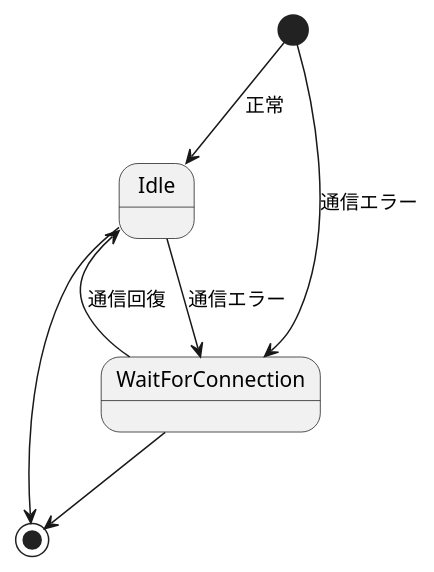
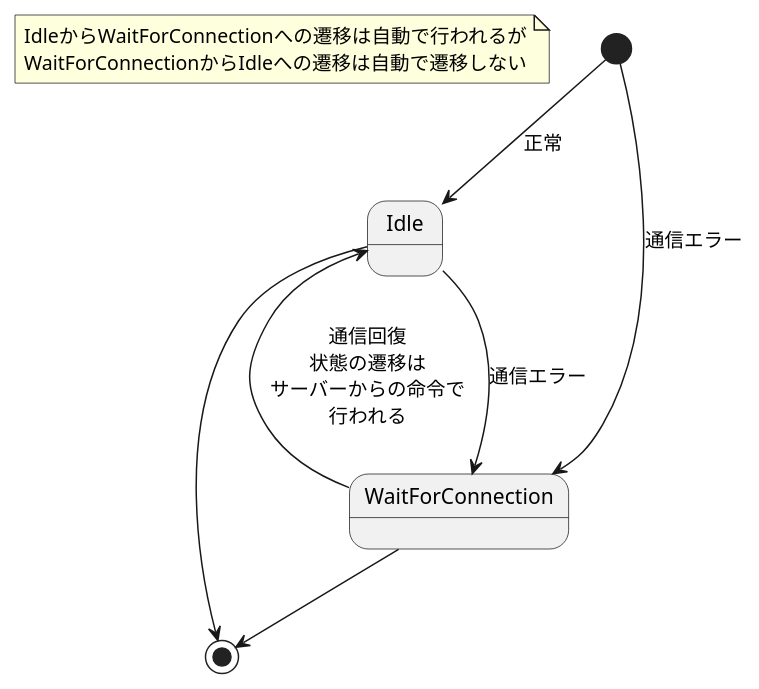
One commit to yudai0804/cat-gpt changed the diagram in doc/uml/state_machine/rat/sub_state_idle.pu. Above: the diagram before and after it, drawn with PlantUML. The commit also changed 6 other files, not shown here.

Commit message:
doc: add sequence図

```diff
--- a/doc/uml/state_machine/rat/sub_state_idle.pu
+++ b/doc/uml/state_machine/rat/sub_state_idle.pu
@@ -1,10 +1,12 @@
 @startuml
+
+note "IdleからWaitForConnectionへの遷移は自動で行われるが\nWaitForConnectionからIdleへの遷移は自動で遷移しない" as N1
 
 [*] --> Idle : 正常
 [*] --> WaitForConnection : 通信エラー
 Idle --> WaitForConnection : 通信エラー
-WaitForConnection --> Idle : 通信回復
+WaitForConnection --> Idle : 通信回復\n状態の遷移は\nサーバーからの命令で\n行われる
 Idle --> [*]
 WaitForConnection --> [*]
 
 @enduml
```
